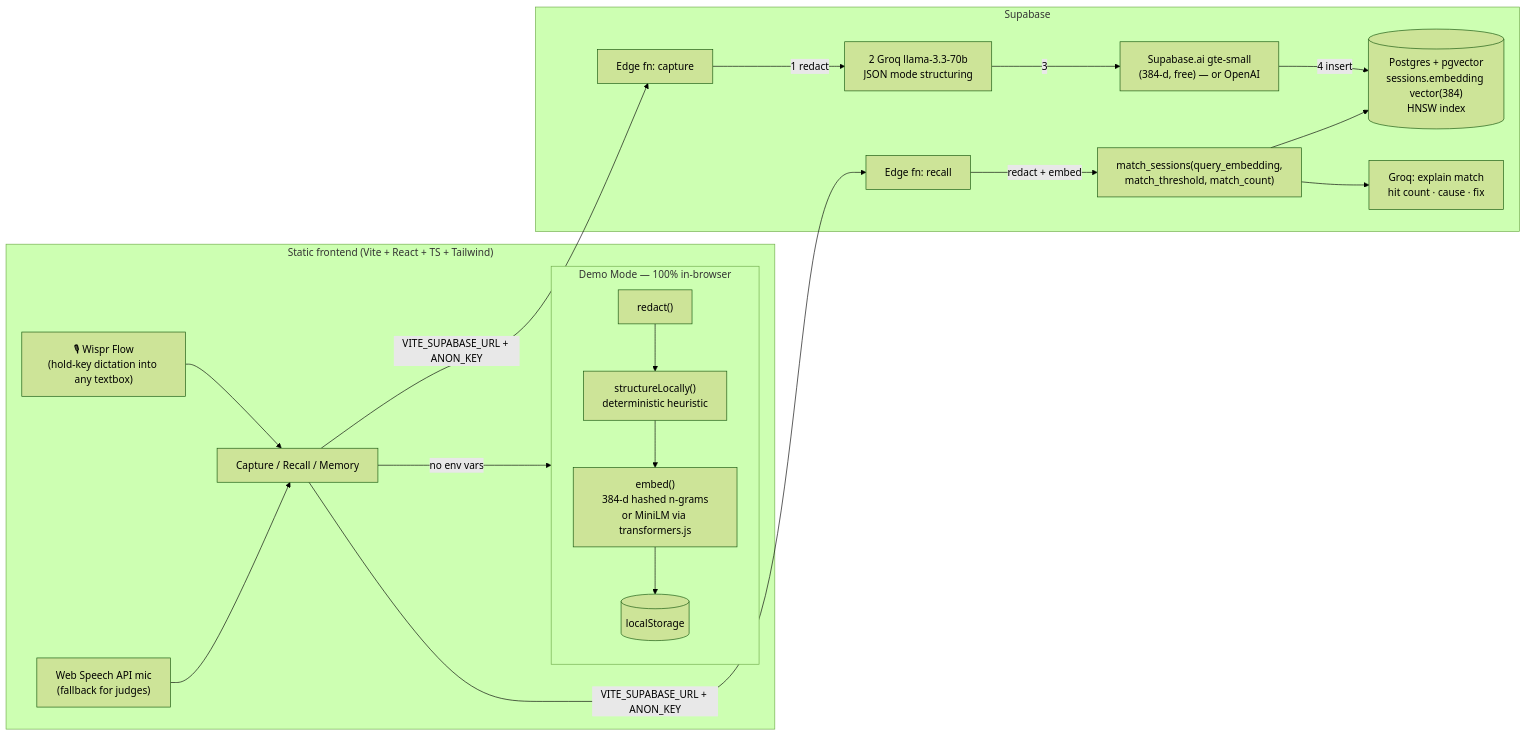
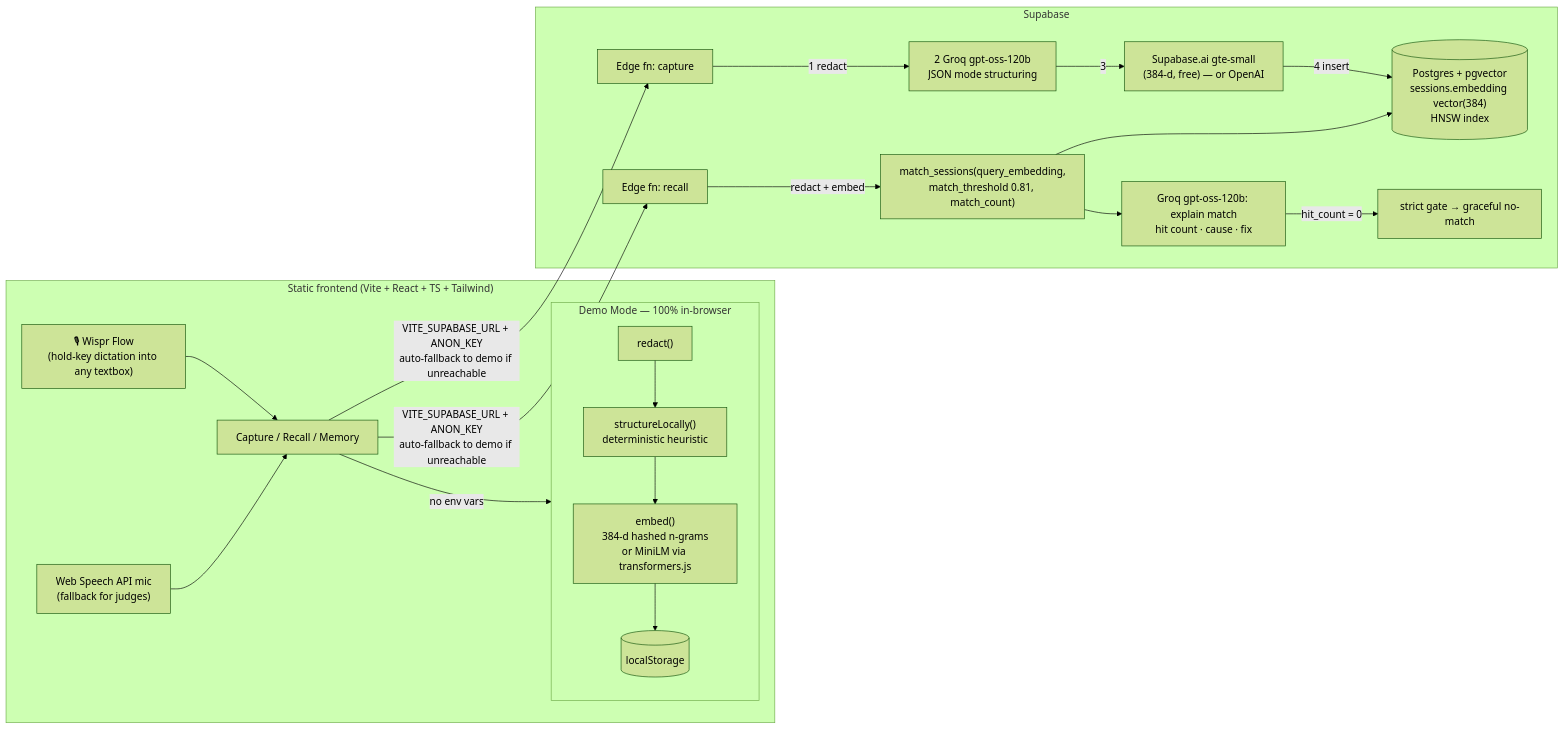
Before and after one commit to aneek22112007-tech/deja-vu: the diagram in README.md, drawn with Mermaid (forest theme). The commit also changed other lines of this file and 18 other files, not shown here.

````diff
--- a/README.md
+++ b/README.md
@@ -37,18 +59,19 @@
 ```mermaid
 flowchart LR
   subgraph Browser["Static frontend (Vite + React + TS + Tailwind)"]
     W["🎙 Wispr Flow<br/>(hold-key dictation into any textbox)"] --> UI
     M["Web Speech API mic<br/>(fallback for judges)"] --> UI
     UI["Capture / Recall / Memory"]
     UI -->|no env vars| DEMO
     subgraph DEMO["Demo Mode — 100% in-browser"]
       R1["redact()"] --> S1["structureLocally()<br/>deterministic heuristic"] --> E1["embed()<br/>384-d hashed n-grams<br/>or MiniLM via transformers.js"] --> LS[("localStorage")]
     end
   end
-  UI -->|VITE_SUPABASE_URL + ANON_KEY| CAP & REC
+  UI -->|VITE_SUPABASE_URL + ANON_KEY<br/>auto-fallback to demo if unreachable| CAP & REC
   subgraph Supabase
-    CAP["Edge fn: capture"] -->|1 redact| CAP2["2 Groq llama-3.3-70b<br/>JSON mode structuring"] -->|3| EMB["Supabase.ai gte-small<br/>(384-d, free) — or OpenAI"] -->|4 insert| DB[("Postgres + pgvector<br/>sessions.embedding vector(384)<br/>HNSW index")]
-    REC["Edge fn: recall"] -->|redact + embed| RPC["match_sessions(query_embedding,<br/>match_threshold, match_count)"] --> DB
-    RPC --> EXP["Groq: explain match<br/>hit count · cause · fix"]
+    CAP["Edge fn: capture"] -->|1 redact| CAP2["2 Groq gpt-oss-120b<br/>JSON mode structuring"] -->|3| EMB["Supabase.ai gte-small<br/>(384-d, free) — or OpenAI"] -->|4 insert| DB[("Postgres + pgvector<br/>sessions.embedding vector(384)<br/>HNSW index")]
+    REC["Edge fn: recall"] -->|redact + embed| RPC["match_sessions(query_embedding,<br/>match_threshold 0.81, match_count)"] --> DB
+    RPC --> EXP["Groq gpt-oss-120b: explain match<br/>hit count · cause · fix"]
+    EXP -->|hit_count = 0| NM["strict gate → graceful no-match"]
   end
 ```
````
